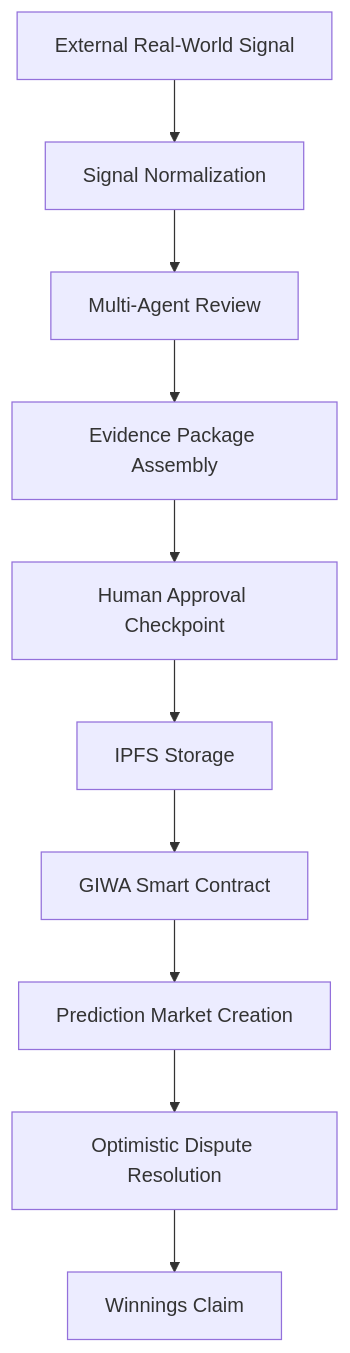
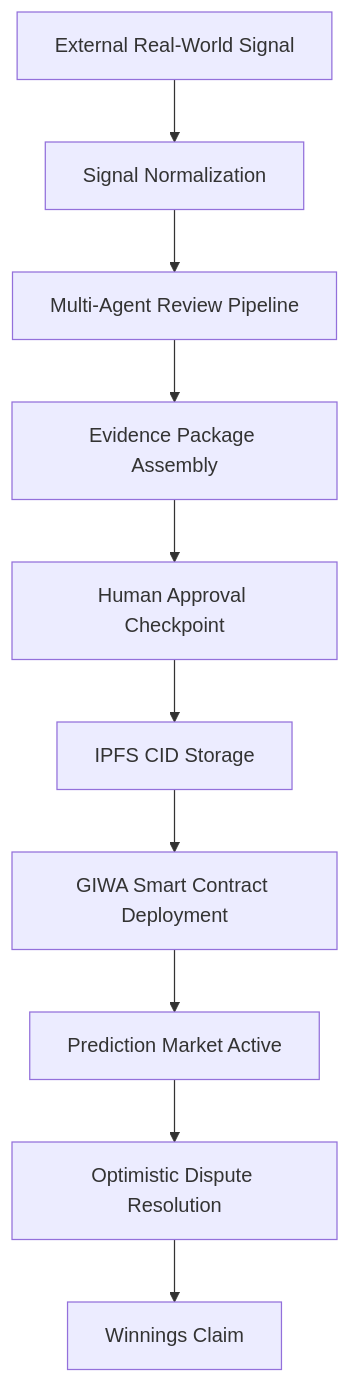
The diagram in README.md (0xaje/AiraMarKet), drawn with Mermaid before and after one commit. The commit also changed other lines of this file and 1 other file, not shown here.

Commit message:
docs: execute 10 engineering refinements including Five-Layer Modular Architecture, Why This MVP Matters section, Technology Stack breakdown, Current MVP Metrics table, and architectural closing statement

````diff
--- a/README.md
+++ b/README.md
@@ -103,12 +109,12 @@
 ```mermaid
 flowchart TD
     s1[External Real-World Signal] --> s2[Signal Normalization]
-    s2 --> s3[Multi-Agent Review]
+    s2 --> s3[Multi-Agent Review Pipeline]
     s3 --> s4[Evidence Package Assembly]
     s4 --> s5[Human Approval Checkpoint]
-    s5 --> s6[IPFS Storage]
-    s6 --> s7[GIWA Smart Contract]
-    s7 --> s8[Prediction Market Creation]
+    s5 --> s6[IPFS CID Storage]
+    s6 --> s7[GIWA Smart Contract Deployment]
+    s7 --> s8[Prediction Market Active]
     s8 --> s9[Optimistic Dispute Resolution]
     s9 --> s10[Winnings Claim]
 ```
````
